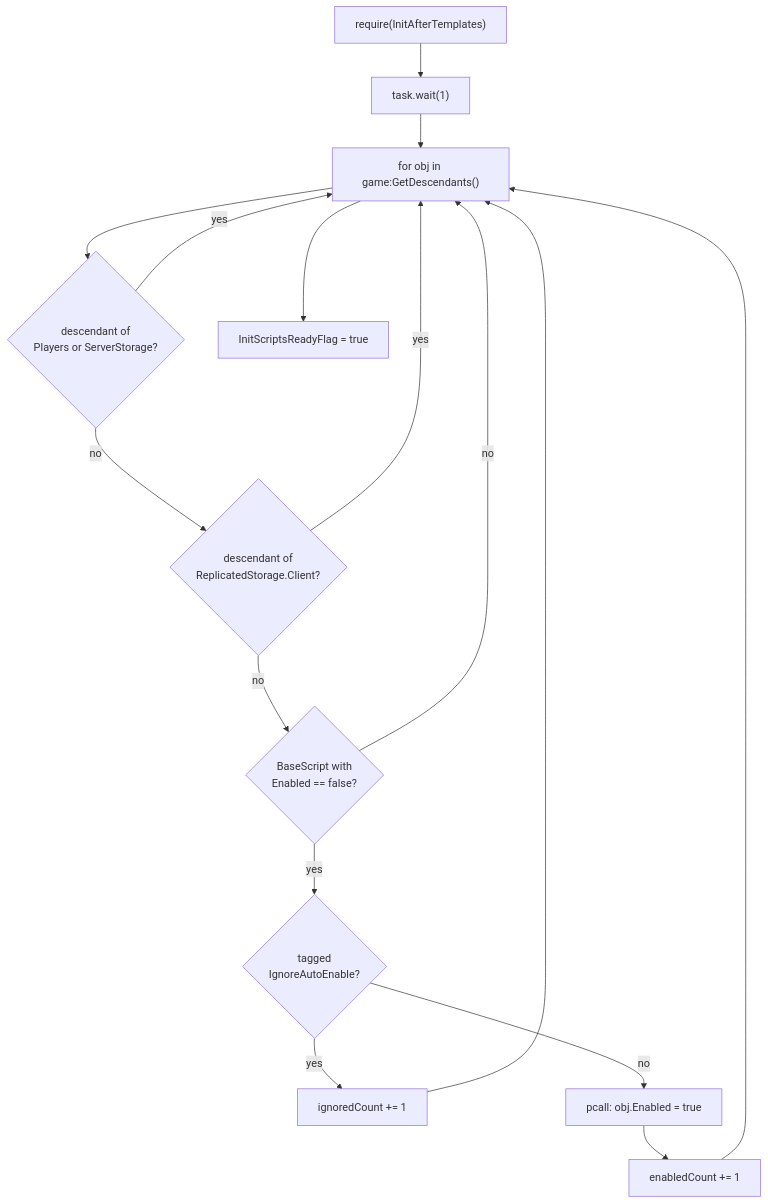
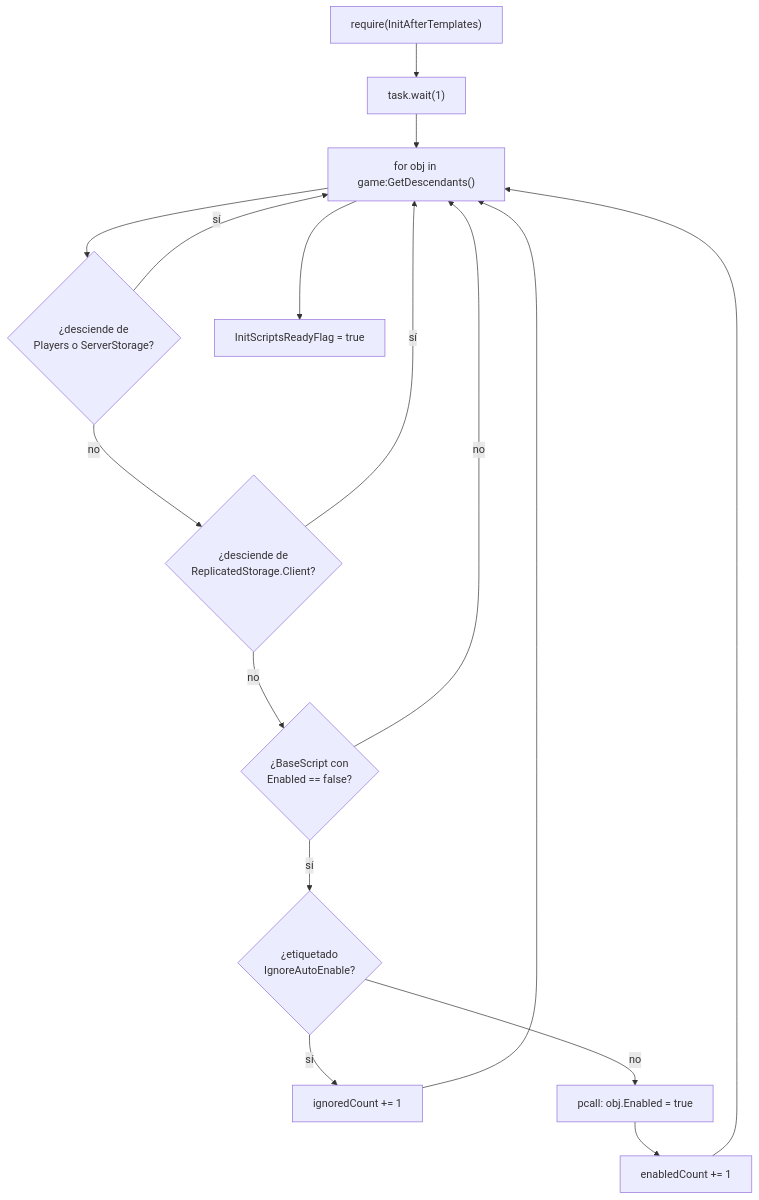
Before and after one commit to Arclyne/voz-hispana: the second of 2 diagrams in docs/architecture/initialization.md, drawn with Mermaid. The commit also changed other lines of this file and 8 other files, not shown here.

````diff
--- a/docs/architecture/initialization.md
+++ b/docs/architecture/initialization.md
@@ -211,18 +210,18 @@
 ```mermaid
 flowchart TD
     A["require(InitAfterTemplates)"] --> B["task.wait(1)"]
     B --> C["for obj in game:GetDescendants()"]
-    C --> D{"descendant of<br/>Players or ServerStorage?"}
-    D -- yes --> C
-    D -- no --> E{"descendant of<br/>ReplicatedStorage.Client?"}
-    E -- yes --> C
-    E -- no --> F{"BaseScript with<br/>Enabled == false?"}
+    C --> D{"¿desciende de<br/>Players o ServerStorage?"}
+    D -- sí --> C
+    D -- no --> E{"¿desciende de<br/>ReplicatedStorage.Client?"}
+    E -- sí --> C
+    E -- no --> F{"¿BaseScript con<br/>Enabled == false?"}
     F -- no --> C
-    F -- yes --> G{"tagged<br/>IgnoreAutoEnable?"}
-    G -- yes --> H["ignoredCount += 1"]
+    F -- sí --> G{"¿etiquetado<br/>IgnoreAutoEnable?"}
+    G -- sí --> H["ignoredCount += 1"]
     G -- no --> I["pcall: obj.Enabled = true"]
     I --> J["enabledCount += 1"]
     H --> C
     J --> C
     C --> K["InitScriptsReadyFlag = true"]
 ```
````
